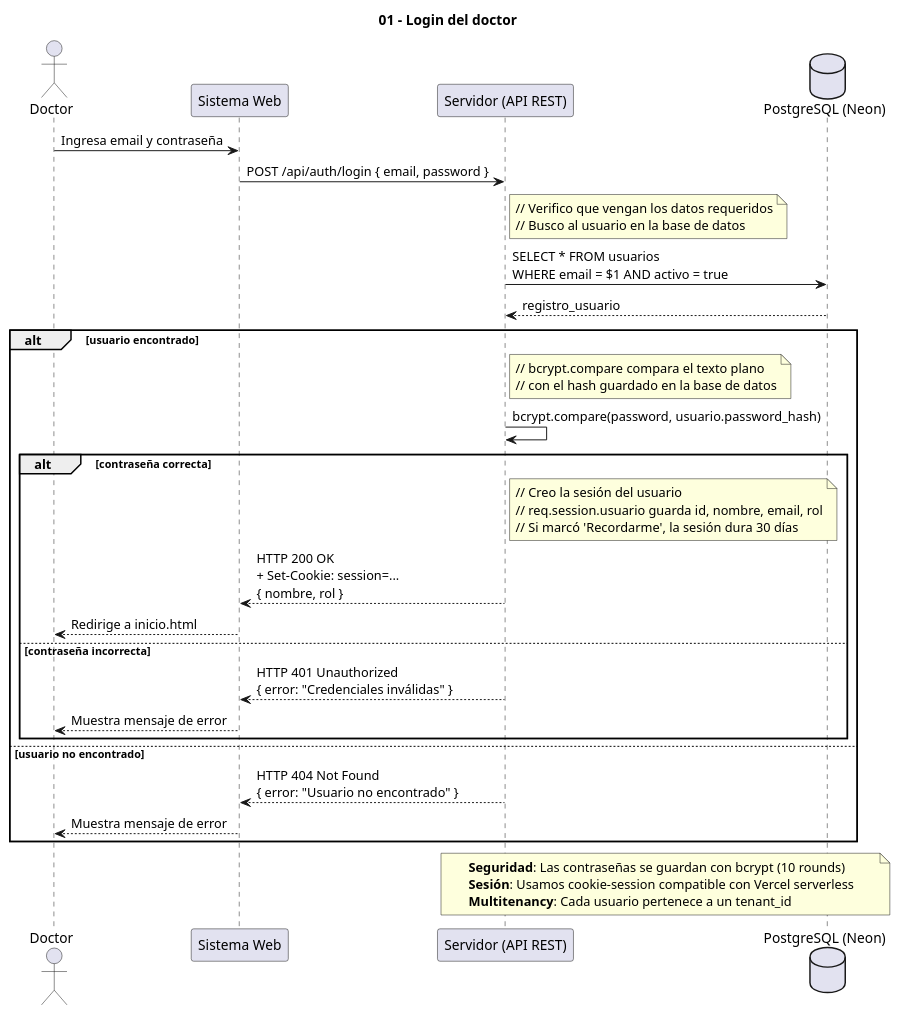
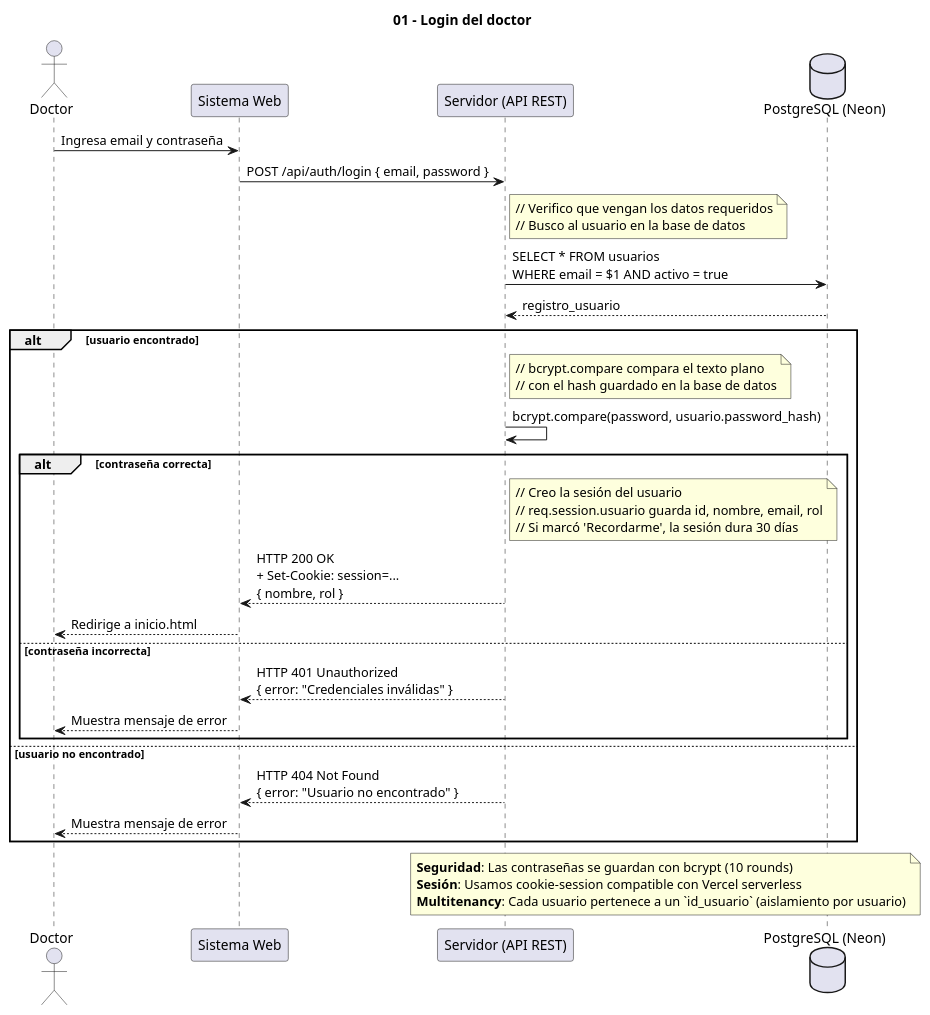
The diagram in docs/01_login.puml (marcostoledo96/mvp_historias-clinicas), drawn with PlantUML before and after one commit. The commit also changed 38 other files, not shown here.

Commit message:
Actualizacion UML

```diff
--- a/docs/01_login.puml
+++ b/docs/01_login.puml
@@ -1,57 +1,57 @@
 @startuml
 ' Diagrama 01 - Login del doctor
 ' Sistema simplificado con autenticación basada en cookies de sesión
 ' Base de datos: PostgreSQL en Neon
 title 01 - Login del doctor
 
 actor Doctor
 participant "Sistema Web" as Web
 participant "Servidor (API REST)" as Server
 database "PostgreSQL (Neon)" as DB
 
 Doctor -> Web : Ingresa email y contraseña
 Web -> Server : POST /api/auth/login { email, password }
 
 note right of Server
   // Verifico que vengan los datos requeridos
   // Busco al usuario en la base de datos
 end note
 
 Server -> DB : SELECT * FROM usuarios\nWHERE email = $1 AND activo = true
 DB --> Server : registro_usuario
 
 alt usuario encontrado
   note right of Server
     // bcrypt.compare compara el texto plano
     // con el hash guardado en la base de datos
   end note
   
   Server -> Server : bcrypt.compare(password, usuario.password_hash)
   
   alt contraseña correcta
     note right of Server
       // Creo la sesión del usuario
       // req.session.usuario guarda id, nombre, email, rol
       // Si marcó 'Recordarme', la sesión dura 30 días
     end note
     
     Server --> Web : HTTP 200 OK\n+ Set-Cookie: session=...\n{ nombre, rol }
     Web --> Doctor : Redirige a inicio.html
     
   else contraseña incorrecta
     Server --> Web : HTTP 401 Unauthorized\n{ error: "Credenciales inválidas" }
     Web --> Doctor : Muestra mensaje de error
   end
   
 else usuario no encontrado
   Server --> Web : HTTP 404 Not Found\n{ error: "Usuario no encontrado" }
   Web --> Doctor : Muestra mensaje de error
 end
 
 note over Server, DB
   **Seguridad**: Las contraseñas se guardan con bcrypt (10 rounds)
   **Sesión**: Usamos cookie-session compatible con Vercel serverless
-  **Multitenancy**: Cada usuario pertenece a un tenant_id
+  **Multitenancy**: Cada usuario pertenece a un `id_usuario` (aislamiento por usuario)
 end note
 
 @enduml
```
